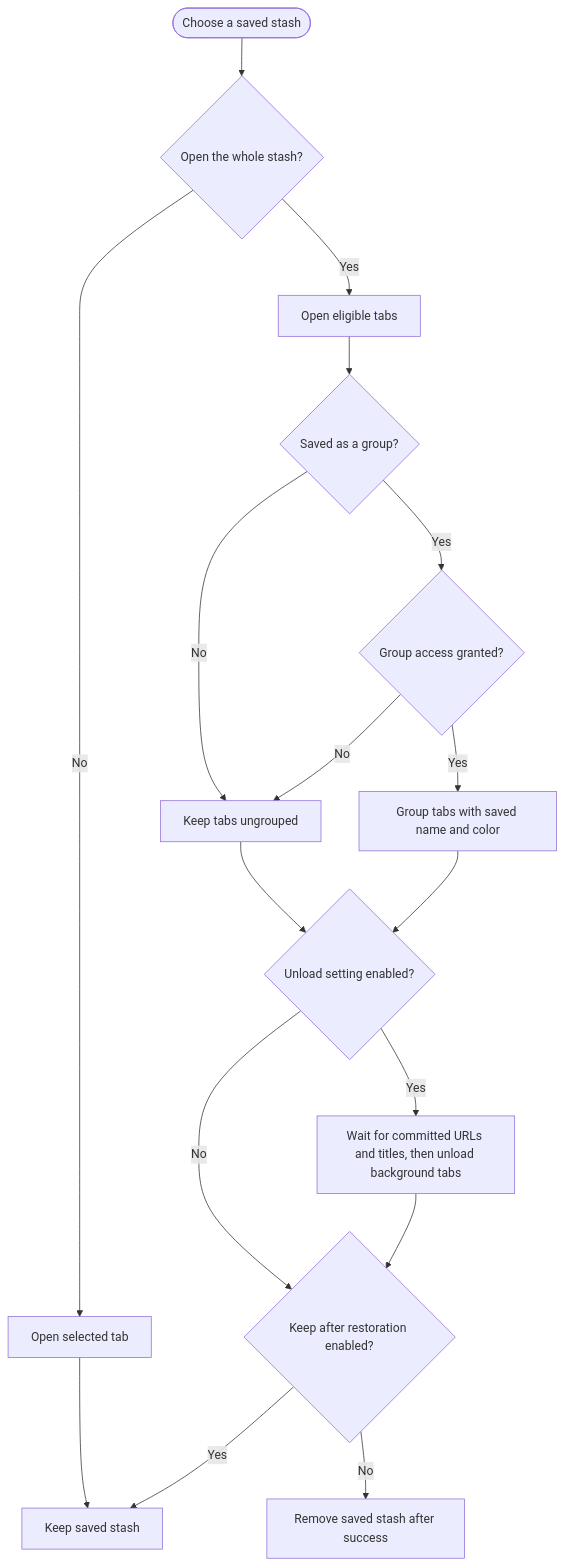
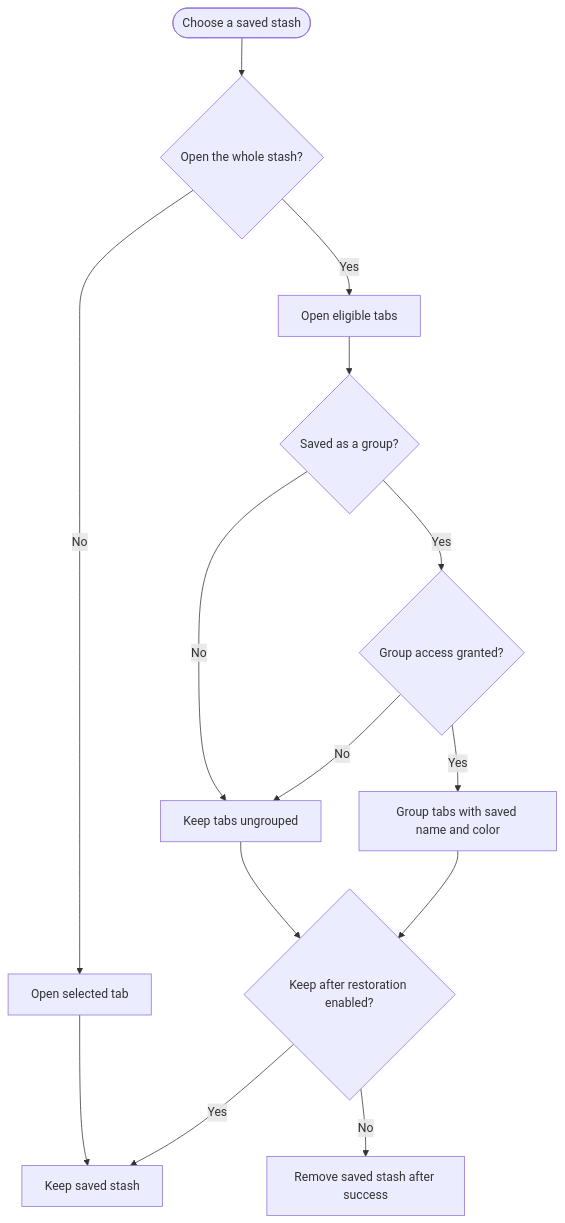
The second of 2 diagrams in README.md (taichikuji/Stasher), drawn with Mermaid before and after one commit. The commit also changed other lines of this file and 4 other files, not shown here.

````diff
--- a/README.md
+++ b/README.md
@@ -66,21 +66,18 @@
 ```mermaid
 flowchart TD
   accTitle: How Stasher restores tabs
-  accDescr: Opening one tab keeps the stash. Restoring a whole stash opens eligible background tabs, groups saved groups with permission, optionally unloads tabs after their navigation commits, and keeps or removes the stash according to Settings after success. Restoration failures preserve the stash.
+  accDescr: Opening one tab keeps the stash. Restoring a whole stash opens eligible background tabs, groups saved groups with permission, and keeps or removes the stash according to Settings after success. Restoration failures preserve the stash.
   Start(["Choose a saved stash"]) --> Whole{"Open the whole stash?"}
   Whole -->|No| Single["Open selected tab"]
   Single --> Keep["Keep saved stash"]
   Whole -->|Yes| Open["Open eligible tabs"]
   Open --> Group{"Saved as a group?"}
   Group -->|No| Ordinary["Keep tabs ungrouped"]
   Group -->|Yes| Access{"Group access granted?"}
   Access -->|No| Ordinary
   Access -->|Yes| Grouped["Group tabs with saved name and color"]
-  Ordinary --> Unload{"Unload setting enabled?"}
-  Grouped --> Unload
-  Unload -->|Yes| Discard["Wait for committed URLs and titles, then unload background tabs"]
-  Unload -->|No| Retain{"Keep after restoration enabled?"}
-  Discard --> Retain
+  Ordinary --> Retain{"Keep after restoration enabled?"}
+  Grouped --> Retain
   Retain -->|Yes| Keep
   Retain -->|No| Remove["Remove saved stash after success"]
 ```
````
